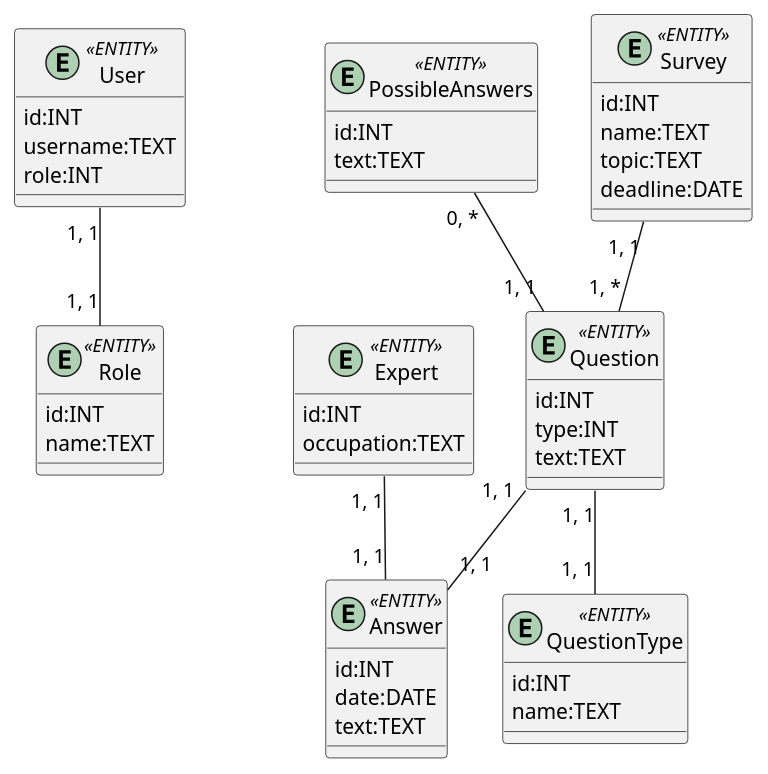
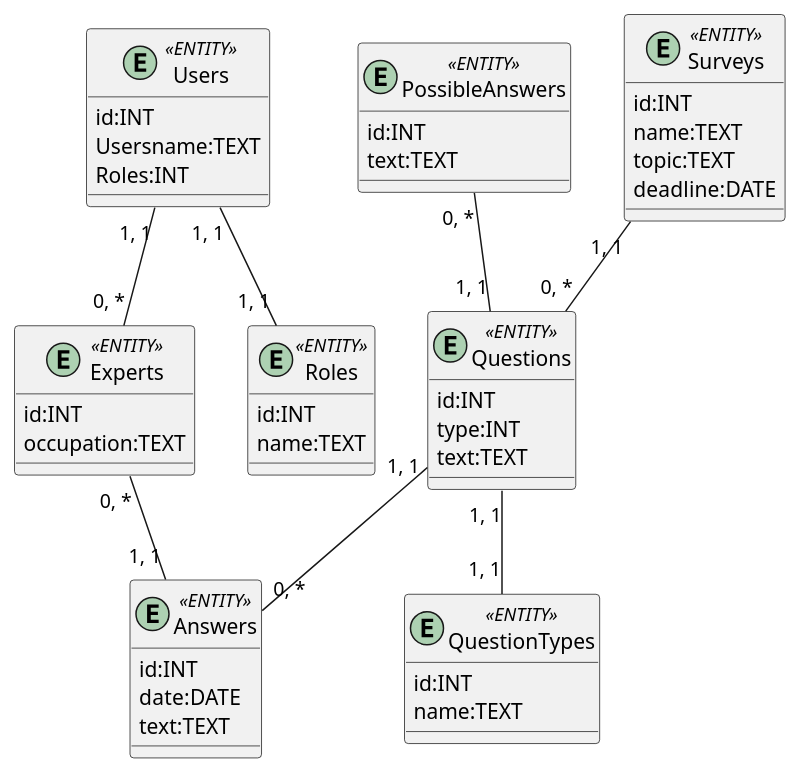
The diagram in src/uml/business-models/ER.puml (anrysliusar/SurvExp), drawn with PlantUML before and after one commit. The commit also changed 1 other file, not shown here.

```diff
--- a/src/uml/business-models/ER.puml
+++ b/src/uml/business-models/ER.puml
@@ -1,55 +1,56 @@
 @startuml
 
-  entity User <<ENTITY>> {
+  entity Users <<ENTITY>> {
     id:INT
-    username:TEXT
-    role:INT
+    Usersname:TEXT
+    Roles:INT
   }
   
-  entity Expert <<ENTITY>>{
+  entity Experts <<ENTITY>>{
     id:INT
     occupation:TEXT
   }
   
-  entity Survey <<ENTITY>>{
+  entity Surveys <<ENTITY>>{
     id:INT
     name:TEXT
     topic:TEXT
     deadline:DATE
   }
   
-  entity Question <<ENTITY>>{
+  entity Questions <<ENTITY>>{
     id:INT
     type:INT
     text:TEXT
   }
 
-  entity Answer <<ENTITY>> {
+  entity Answers <<ENTITY>> {
     id:INT
     date:DATE
     text:TEXT
   }
   
   entity PossibleAnswers <<ENTITY>> {
     id:INT
     text:TEXT
   }
 
-  entity QuestionType <<ENTITY>> {
+  entity QuestionTypes <<ENTITY>> {
     id:INT
     name:TEXT
   }
 
-  entity Role <<ENTITY>> {
+  entity Roles <<ENTITY>> {
   	id:INT
   	name:TEXT
   }
 
-  Question "1, *" -u- "1, 1" Survey
-  Answer "1, 1" -u- "1, 1" Question
-  Answer "1, 1" -u- "1, 1" Expert
-  Question "1, 1" -u- "0, *" PossibleAnswers
-  QuestionType "1, 1" -u- "1, 1" Question
-  Role "1, 1" -u- "1, 1" User
+  Questions "0, *" -u- "1, 1" Surveys
+  Answers "0, *" -u- "1, 1" Questions
+  Answers "1, 1" -u- "0, *" Experts
+  Questions "1, 1" -u- "0, *" PossibleAnswers
+  QuestionTypes "1, 1" -u- "1, 1" Questions
+  Roles "1, 1" -u- "1, 1" Users
+  Experts "0, *" -u- "1, 1" Users
       
 @enduml
```
